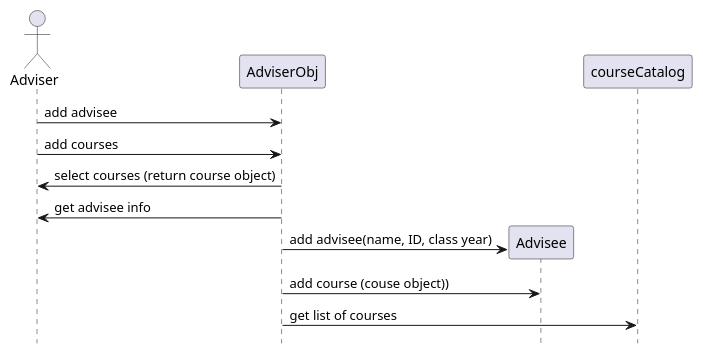
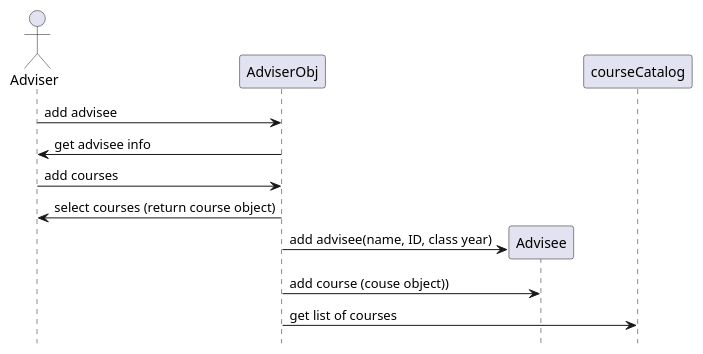
Before and after one commit to Jofosu/professor-student-advising-app: the diagram in Doc/adviser-sequence-diagram.puml, drawn with PlantUML. The commit also changed 1 other file, not shown here.

```diff
--- a/Doc/adviser-sequence-diagram.puml
+++ b/Doc/adviser-sequence-diagram.puml
@@ -1,19 +1,20 @@
 @startuml
 'https://plantuml.com/sequence-diagram
 hide footbox
 actor Adviser as Adviser
 participant AdviserObj as AdviserObj
 participant Advisee as Advisee
 participant courseCatalog as courseCatalog
 
 
 Adviser -> AdviserObj: add advisee
+AdviserObj-> Adviser: get advisee info
 Adviser -> AdviserObj: add courses
 AdviserObj-> Adviser: select courses (return course object)
-AdviserObj-> Adviser: get advisee info
+
 AdviserObj -> Advisee **: add advisee(name, ID, class year)
 AdviserObj-> Advisee: add course (couse object))
 AdviserObj-> courseCatalog: get list of courses
 
 
 @enduml
```
